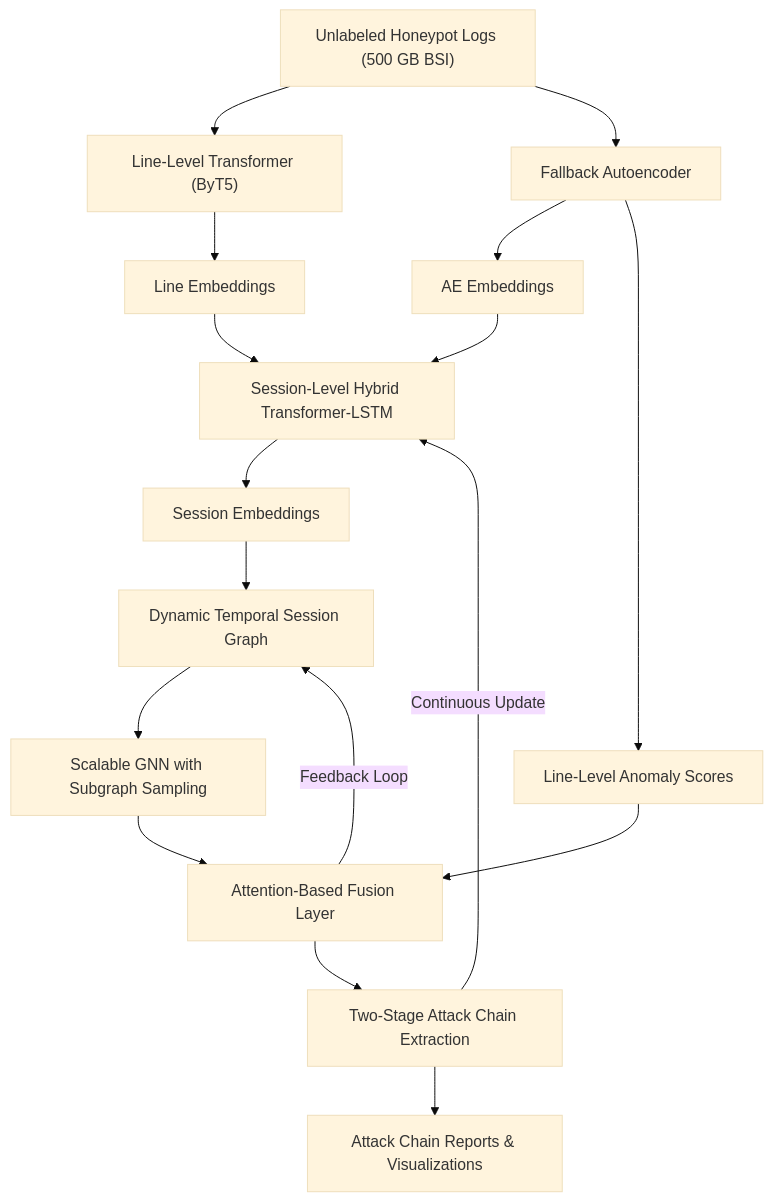
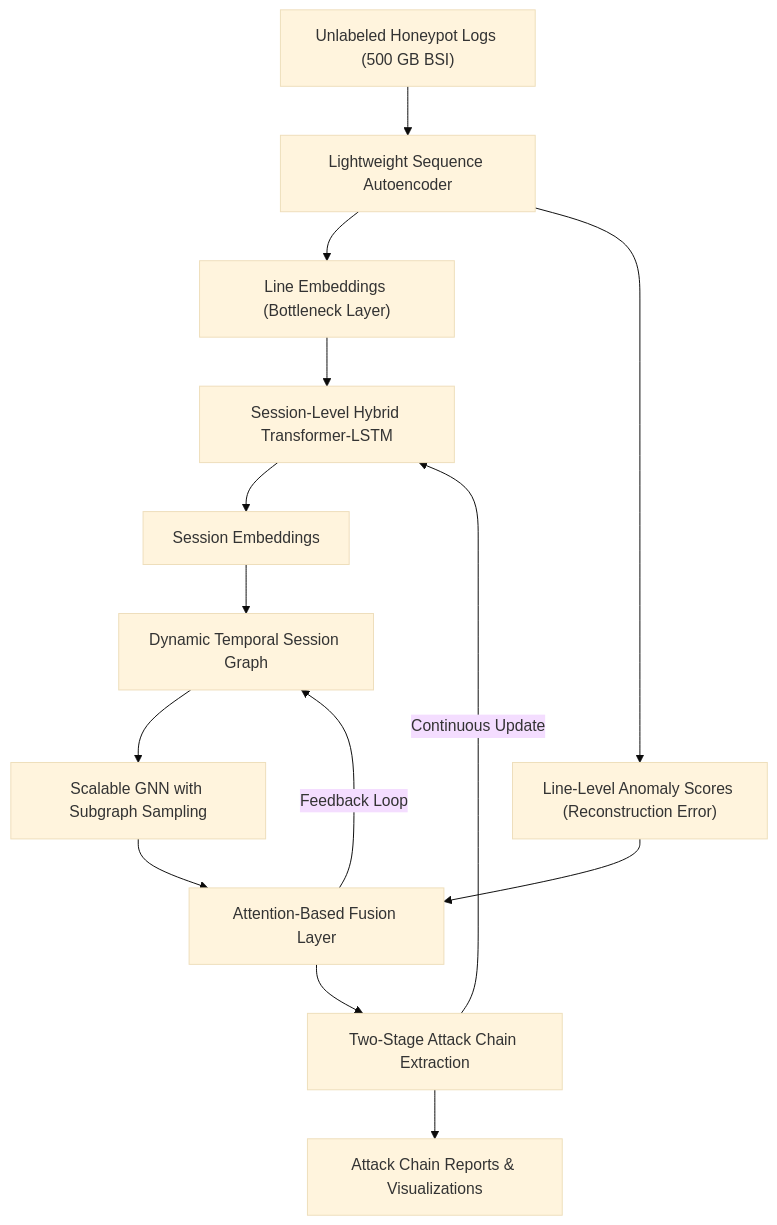
Before and after one commit to JohannesLks/Thesis: the diagram in docs/documentation/concept1.md, drawn with Mermaid (base theme). The commit also changed other lines of this file, not shown here.

````diff
--- a/docs/documentation/concept1.md
+++ b/docs/documentation/concept1.md
@@ -66,26 +67,22 @@
 ```mermaid
 graph TD
-  Input["Unlabeled Honeypot Logs (500 GB BSI)"] 
-  Input --> ByT5["Line-Level Transformer (ByT5)"]
-  Input --> FallbackAE["Fallback Autoencoder"]
+  Input["Unlabeled Honeypot Logs (500 GB BSI)"]
+  Input --> Autoencoder["Lightweight Sequence Autoencoder"]
   
-  ByT5 --> LineEmbeddings["Line Embeddings"]
-  FallbackAE --> AEEmbeddings["AE Embeddings"]
-  FallbackAE --> LineAnomaly["Line-Level Anomaly Scores"]
+  Autoencoder --> LineEmbeddings["Line Embeddings (Bottleneck Layer)"]
+  Autoencoder --> LineAnomaly["Line-Level Anomaly Scores (Reconstruction Error)"]
   
   LineEmbeddings --> SessionModel["Session-Level Hybrid Transformer-LSTM"]
-  AEEmbeddings --> SessionModel
   
   SessionModel --> SessionEmbeddings["Session Embeddings"]
   SessionEmbeddings --> TemporalGraph["Dynamic Temporal Session Graph"]
   TemporalGraph --> GNN["Scalable GNN with Subgraph Sampling"]
   
   GNN --> Fusion["Attention-Based Fusion Layer"]
   LineAnomaly --> Fusion
   
   Fusion --> AttackChains["Two-Stage Attack Chain Extraction"]
   AttackChains --> Output["Attack Chain Reports & Visualizations"]
   Fusion -->|Feedback Loop| TemporalGraph
   AttackChains -->|Continuous Update| SessionModel
-
 ```
````
